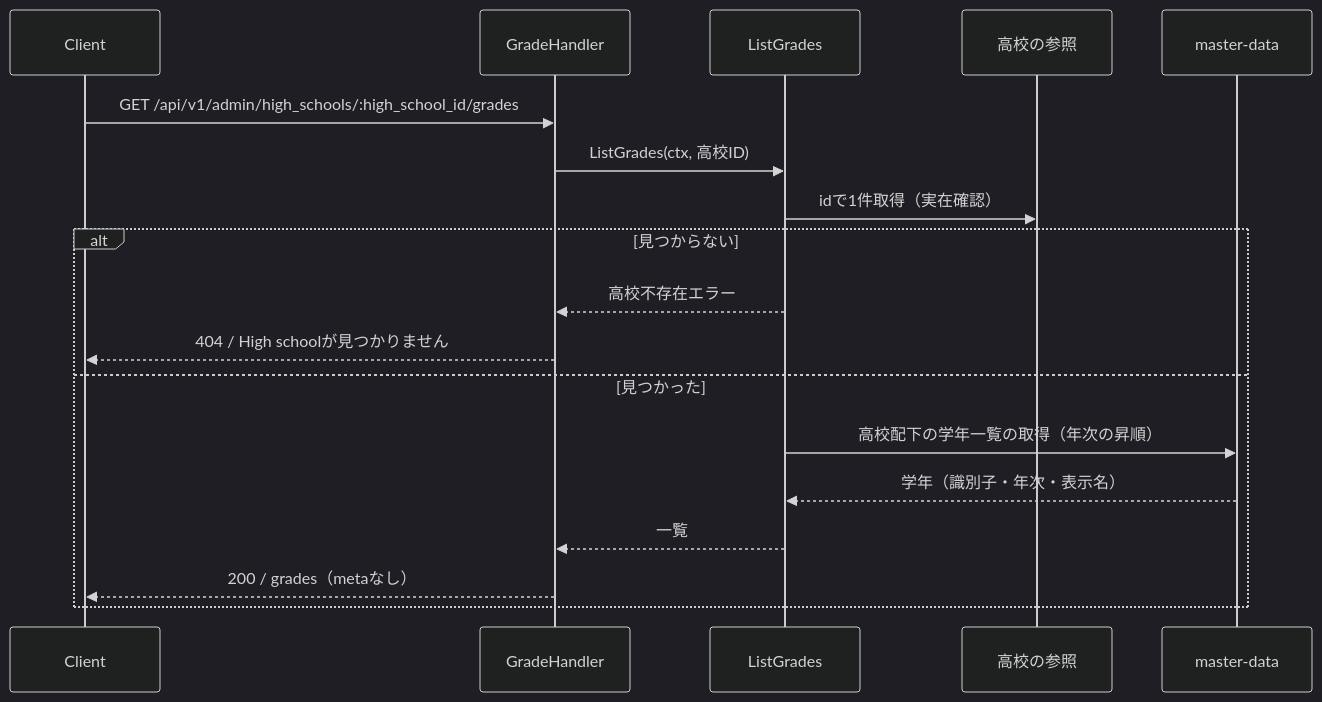
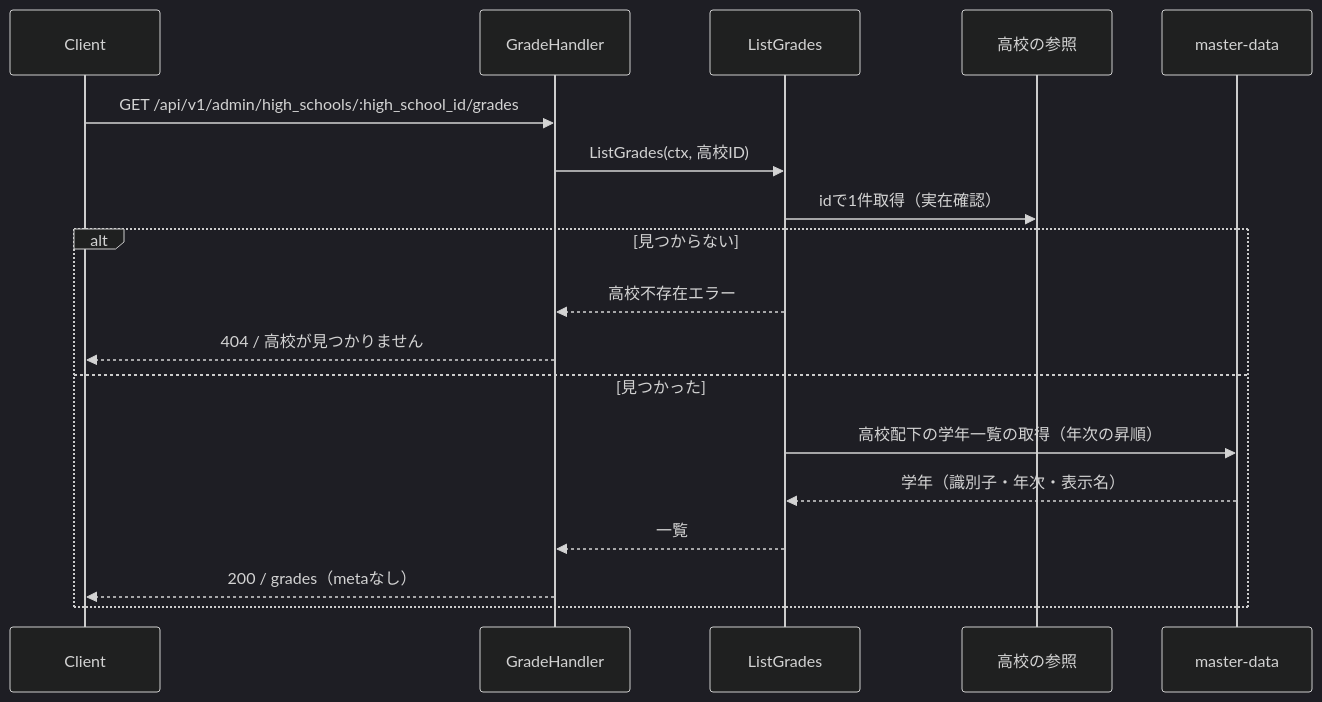
One commit to yuta20253/edu-platform-go-design changed the third of 5 diagrams in 計画書/GO移行・設計仕様書/管理者高校学年参照機能_Go移行・設計仕様書.md. Above: the diagram before and after it, drawn with Mermaid (dark theme). The commit also changed other lines of this file and 42 other files, not shown here.

````diff
--- a/計画書/GO移行・設計仕様書/管理者高校学年参照機能_Go移行・設計仕様書.md
+++ b/計画書/GO移行・設計仕様書/管理者高校学年参照機能_Go移行・設計仕様書.md
@@ -356,21 +356,21 @@
 ```mermaid
 sequenceDiagram
     participant C as Client
     participant H as GradeHandler
     participant A as ListGrades
     participant R as 高校の参照
     participant MD as master-data
 
     C->>H: GET /api/v1/admin/high_schools/:high_school_id/grades
     H->>A: ListGrades(ctx, 高校ID)
     A->>R: idで1件取得（実在確認）
     alt 見つからない
         A-->>H: 高校不存在エラー
-        H-->>C: 404 / High schoolが見つかりません
+        H-->>C: 404 / 高校が見つかりません
     else 見つかった
         A->>MD: 高校配下の学年一覧の取得（年次の昇順）
         MD-->>A: 学年（識別子・年次・表示名）
         A-->>H: 一覧
         H-->>C: 200 / grades（metaなし）
     end
 ```
````
